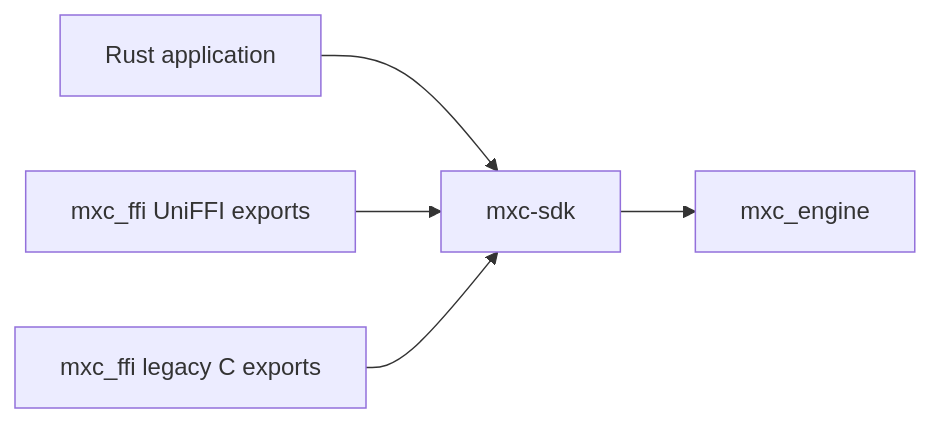
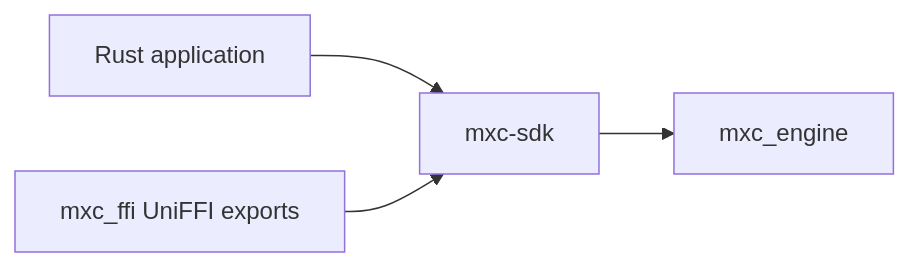
One commit to microsoft/mxc changed the first of 3 diagrams in docs/designs/SDK/rust-sdk-architecture.md. Above: the diagram before and after it, drawn with Mermaid. The commit also changed other lines of this file and 12 other files, not shown here.

````diff
--- a/docs/designs/SDK/rust-sdk-architecture.md
+++ b/docs/designs/SDK/rust-sdk-architecture.md
@@ -8,7 +8,6 @@
 ```mermaid
 flowchart LR
     R[Rust application] --> S[mxc-sdk]
     U[mxc_ffi UniFFI exports] --> S
-    C[mxc_ffi legacy C exports] --> S
     S --> E[mxc_engine]
 ```
````
